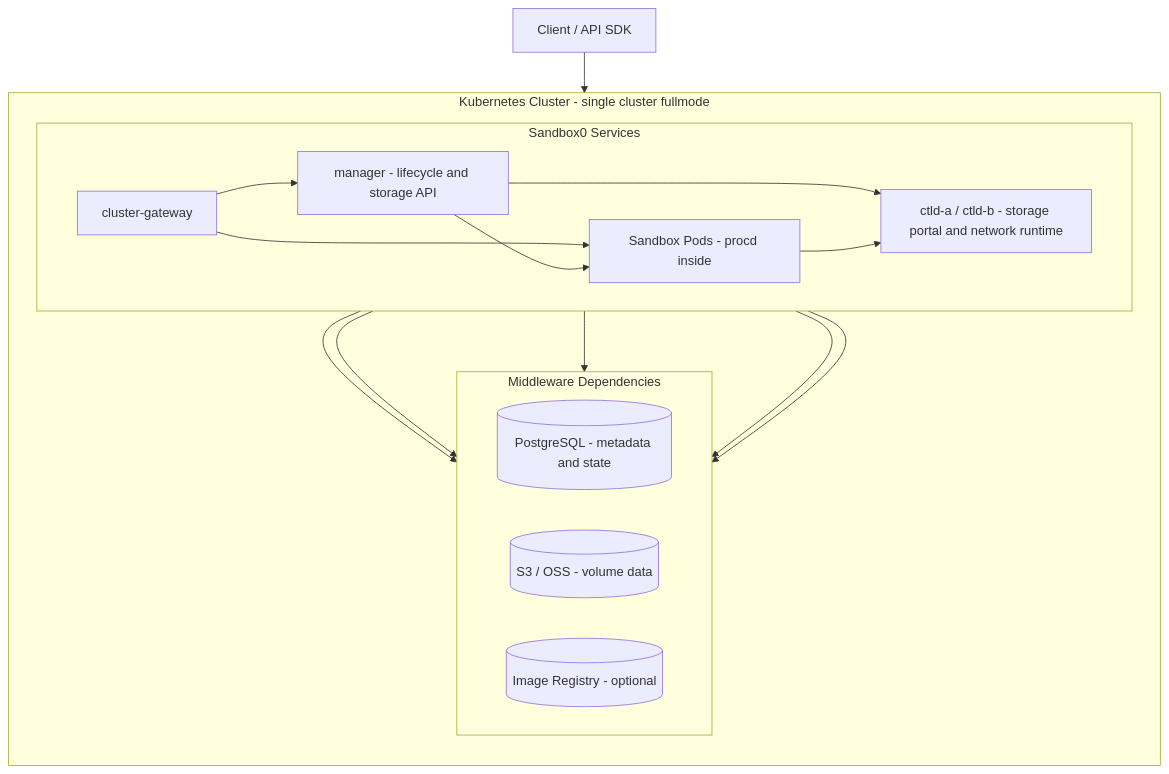
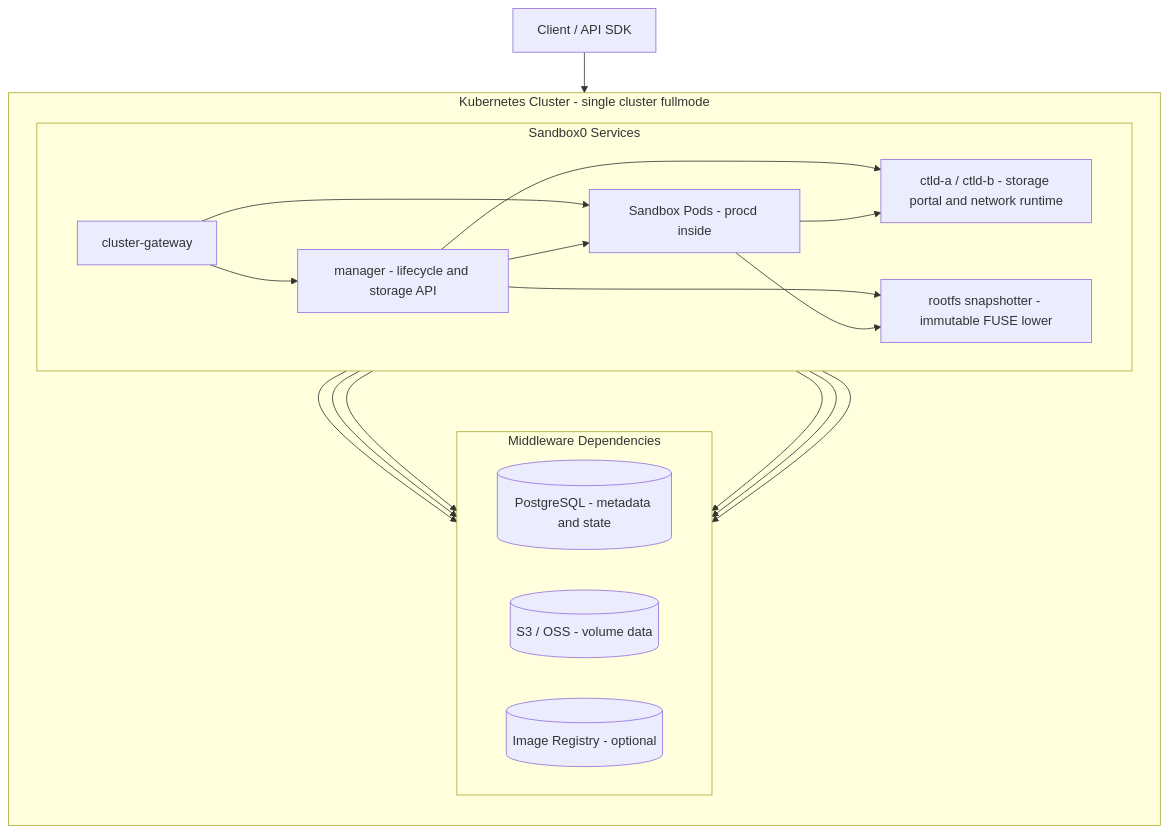
Before and after one commit to sandbox0-ai/sandbox0: the diagram in docs/self-hosted/page.mdx, drawn with Mermaid. The commit also changed other lines of this file and 145 other files, not shown here.

````diff
--- a/docs/self-hosted/page.mdx
+++ b/docs/self-hosted/page.mdx
@@ -30,30 +30,33 @@
 ```mermaid
 flowchart TD
     client[Client / API SDK] --> igw[cluster-gateway]
 
     subgraph cluster[Kubernetes Cluster - single cluster fullmode]
         direction TB
 
         subgraph s0[Sandbox0 Services]
             direction LR
             igw --> mgr[manager - lifecycle and storage API]
             igw --> pods[Sandbox Pods - procd inside]
             mgr --> pods
             mgr --> ctld[ctld-a / ctld-b - storage portal and network runtime]
+            mgr --> snapshotter[rootfs snapshotter - immutable FUSE lower]
             pods --> ctld
+            pods --> snapshotter
         end
 
         subgraph mw[Middleware Dependencies]
             direction LR
             pg[(PostgreSQL - metadata and state)]
             s3[(S3 / OSS - volume data)]
             reg[(Image Registry - optional)]
         end
 
         igw --> pg
         mgr --> pg
         mgr --> s3
         ctld --> s3
+        snapshotter --> s3
         mgr --> reg
     end
 ```
````
